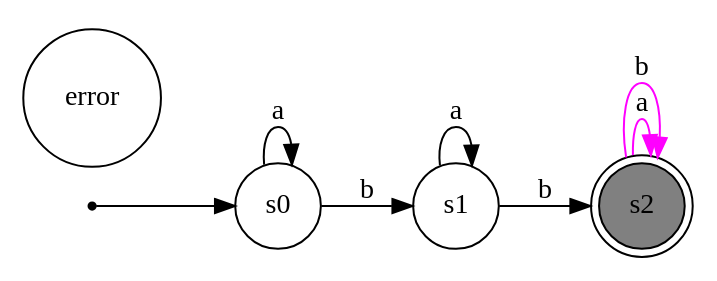
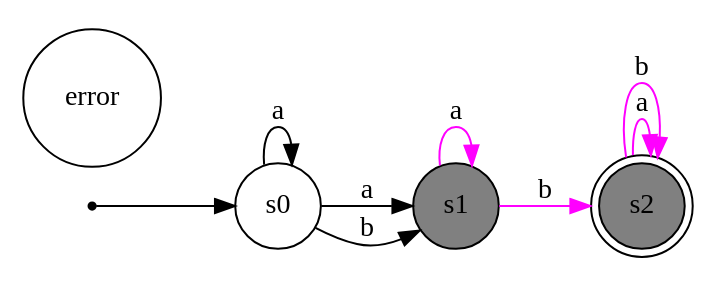
Before and after one commit to lukaz-r/AFD-animator: the diagram in dotfiles/arq_4.dot, drawn with Graphviz. The commit also changed 19 other files, not shown here.

```diff
--- a/dotfiles/arq_4.dot
+++ b/dotfiles/arq_4.dot
@@ -1,19 +1,21 @@
 digraph maquina_de_estados { 
 	rankdir=LR;
 	size="10"
 	node [shape = doublecircle];
 	s2
 	node [shape = point];
 	p
 	node [shape = circle];
 	error [style=filled, fillcolor=white];
 	p -> s0
 	node [shape = circle];
 	s2[style=filled, fillcolor=gray]
+	s1[style=filled, fillcolor=gray]
 	s0 -> s0[label = "a"][color=black];
+	s0 -> s1[label = "a"][color=black];
 	s0 -> s1[label = "b"][color=black];
-	s1 -> s1[label = "a"][color=black];
-	s1 -> s2[label = "b"][color=black];
+	s1 -> s1[label = "a"][color=magenta];
+	s1 -> s2[label = "b"][color=magenta];
 	s2 -> s2[label = "a"][color=magenta];
 	s2 -> s2[label = "b"][color=magenta];
 	}
```
